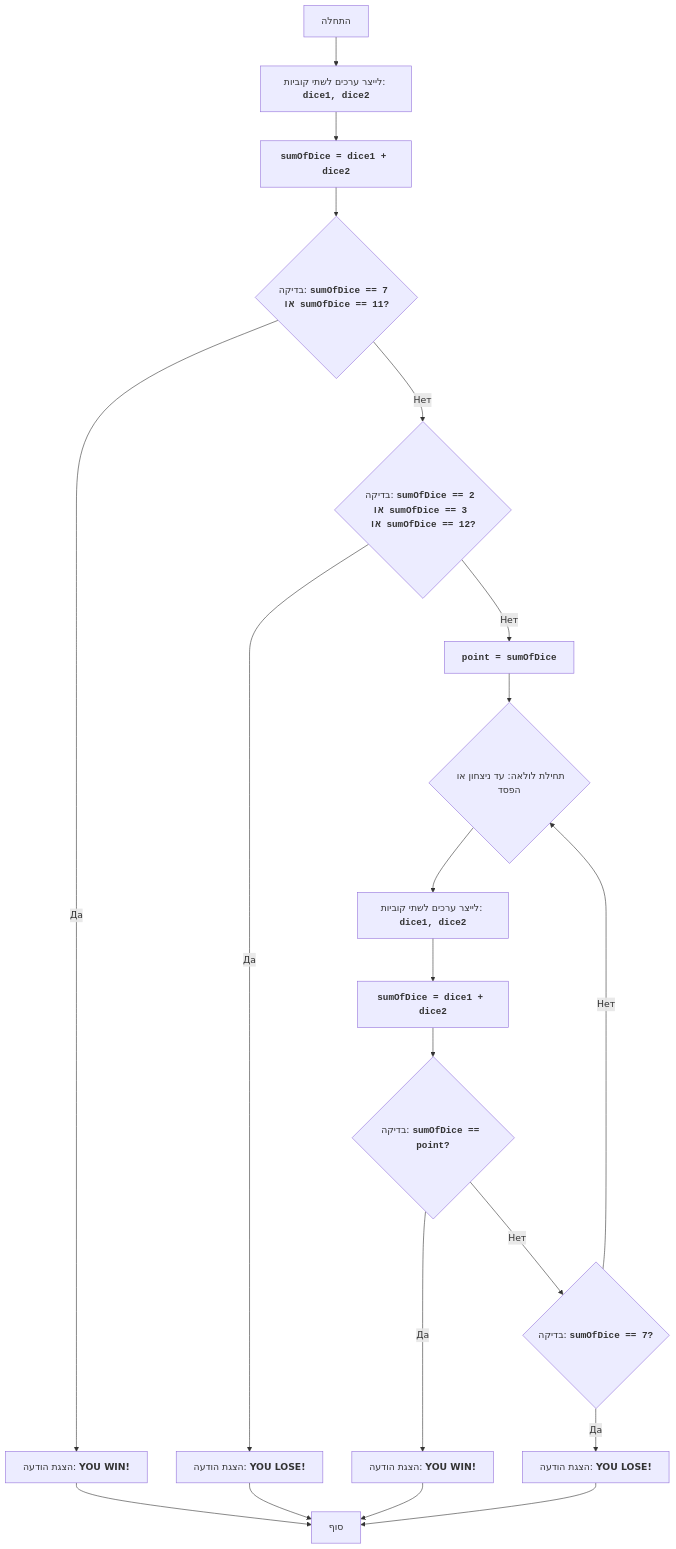
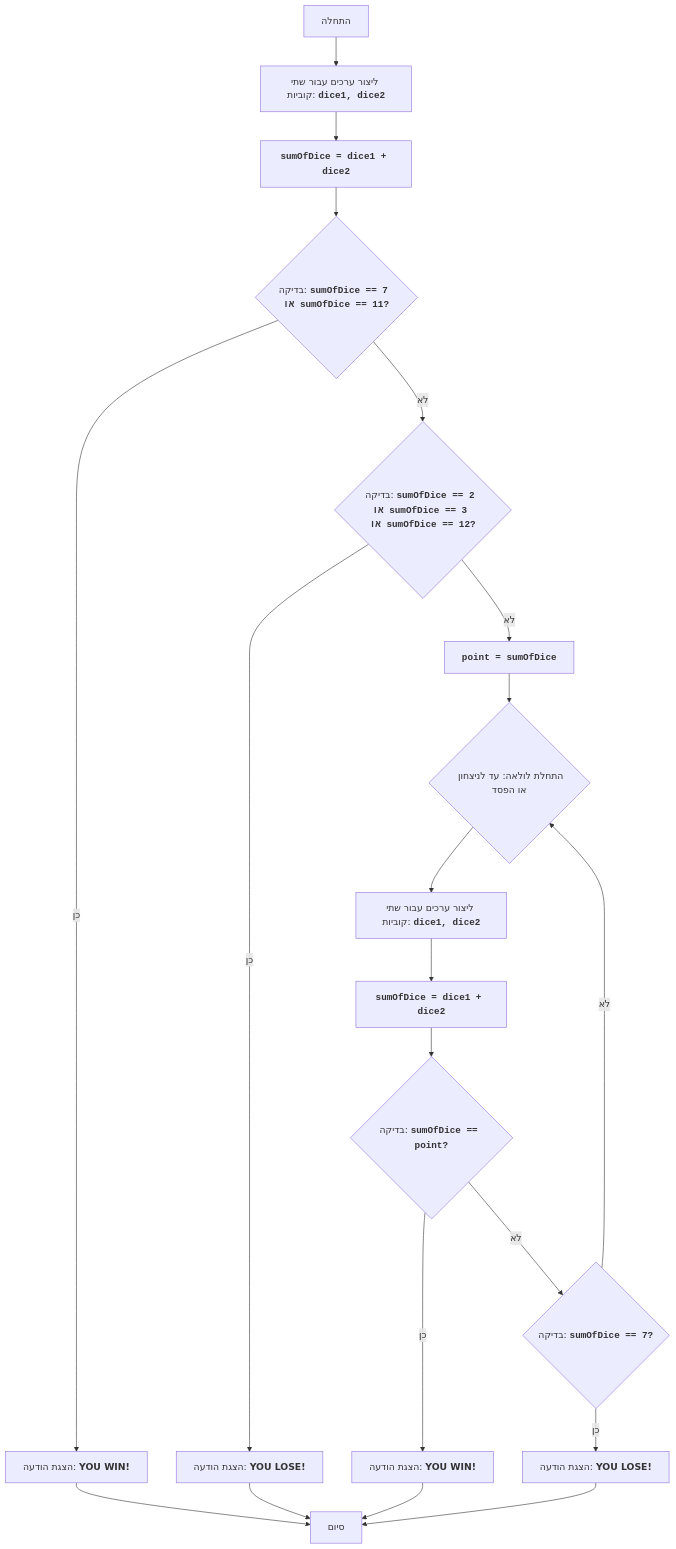
One commit to hypo69/1001-python-he changed the diagram in code/UNSORTED/CRAPS/README.MD. Above: the diagram before and after it, drawn with Mermaid. The commit also changed other lines of this file and 869 other files, not shown here.

````diff
--- a/code/UNSORTED/CRAPS/README.MD
+++ b/code/UNSORTED/CRAPS/README.MD
@@ -31,22 +31,22 @@
 ```mermaid
 flowchart TD
-    Start["התחלה"] --> RollDice1["לייצר ערכים לשתי קוביות: <code><b>dice1, dice2</b></code>"]
+    Start["התחלה"] --> RollDice1["ליצור ערכים עבור שתי קוביות: <code><b>dice1, dice2</b></code>"]
     RollDice1 --> CalculateSum1["<code><b>sumOfDice = dice1 + dice2</b></code>"]
     CalculateSum1 --> CheckWin1{"בדיקה: <code><b>sumOfDice == 7 או sumOfDice == 11?</b></code>"}
-    CheckWin1 -- Да --> OutputWin1["הצגת הודעה: <b>YOU WIN!</b>"]
-    OutputWin1 --> End["סוף"]
-    CheckWin1 -- Нет --> CheckLose1{"בדיקה: <code><b>sumOfDice == 2 או sumOfDice == 3 או sumOfDice == 12?</b></code>"}
-    CheckLose1 -- Да --> OutputLose1["הצגת הודעה: <b>YOU LOSE!</b>"]
+    CheckWin1 -- כן --> OutputWin1["הצגת הודעה: <b>YOU WIN!</b>"]
+    OutputWin1 --> End["סיום"]
+    CheckWin1 -- לא --> CheckLose1{"בדיקה: <code><b>sumOfDice == 2 או sumOfDice == 3 או sumOfDice == 12?</b></code>"}
+    CheckLose1 -- כן --> OutputLose1["הצגת הודעה: <b>YOU LOSE!</b>"]
     OutputLose1 --> End
-    CheckLose1 -- Нет --> SetPoint["<code><b>point = sumOfDice</b></code>"]
-    SetPoint --> LoopStart{"תחילת לולאה: עד ניצחון או הפסד"}
-    LoopStart --> RollDice2["לייצר ערכים לשתי קוביות: <code><b>dice1, dice2</b></code>"]
+    CheckLose1 -- לא --> SetPoint["<code><b>point = sumOfDice</b></code>"]
+    SetPoint --> LoopStart{"התחלת לולאה: עד לניצחון או הפסד"}
+    LoopStart --> RollDice2["ליצור ערכים עבור שתי קוביות: <code><b>dice1, dice2</b></code>"]
     RollDice2 --> CalculateSum2["<code><b>sumOfDice = dice1 + dice2</b></code>"]
      CalculateSum2 --> CheckWin2{"בדיקה: <code><b>sumOfDice == point?</b></code>"}
-    CheckWin2 -- Да --> OutputWin2["הצגת הודעה: <b>YOU WIN!</b>"]
+    CheckWin2 -- כן --> OutputWin2["הצגת הודעה: <b>YOU WIN!</b>"]
     OutputWin2 --> End
-    CheckWin2 -- Нет --> CheckLose2{"בדיקה: <code><b>sumOfDice == 7?</b></code>"}
-    CheckLose2 -- Да --> OutputLose2["הצגת הודעה: <b>YOU LOSE!</b>"]
+    CheckWin2 -- לא --> CheckLose2{"בדיקה: <code><b>sumOfDice == 7?</b></code>"}
+    CheckLose2 -- כן --> OutputLose2["הצגת הודעה: <b>YOU LOSE!</b>"]
      OutputLose2 --> End
-    CheckLose2 -- Нет --> LoopStart
+    CheckLose2 -- לא --> LoopStart
 ```
````
